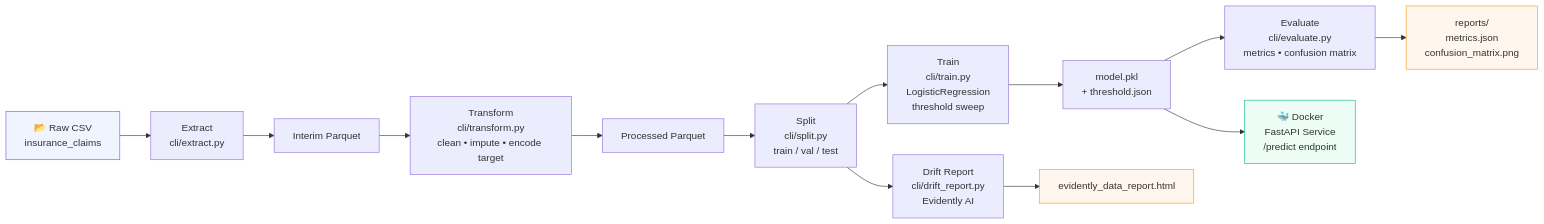
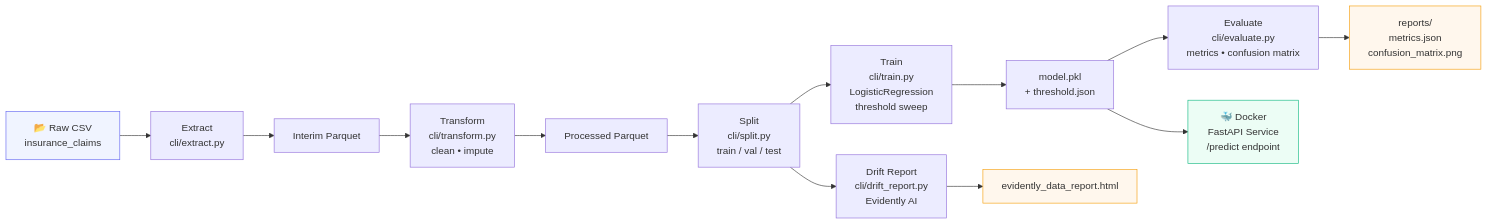
Before and after one commit to dislam7991/fraud-detection-auto: the diagram in README.md, drawn with Mermaid. The commit also changed other lines of this file and 2 other files, not shown here.

````diff
--- a/README.md
+++ b/README.md
@@ -28,20 +27,20 @@
 ```mermaid
 flowchart LR
     A[📂 Raw CSV\ninsurance_claims] --> B[Extract\ncli/extract.py]
     B --> C[Interim Parquet]
-    C --> D[Transform\ncli/transform.py\nclean • impute • encode target]
+    C --> D[Transform\ncli/transform.py\nclean • impute]
     D --> E[Processed Parquet]
     E --> F[Split\ncli/split.py\ntrain / val / test]
     F --> G[Train\ncli/train.py\nLogisticRegression\nthreshold sweep]
     G --> H[model.pkl\n+ threshold.json]
     H --> I[Evaluate\ncli/evaluate.py\nmetrics • confusion matrix]
     I --> J[reports/\nmetrics.json\nconfusion_matrix.png]
     F --> K[Drift Report\ncli/drift_report.py\nEvidently AI]
     K --> L[evidently_data_report.html]
     H --> M[🐳 Docker\nFastAPI Service\n/predict endpoint]
 
     style A fill:#f0f4ff,stroke:#6366f1
     style M fill:#ecfdf5,stroke:#10b981
     style J fill:#fff7ed,stroke:#f59e0b
     style L fill:#fff7ed,stroke:#f59e0b
 ```
````
